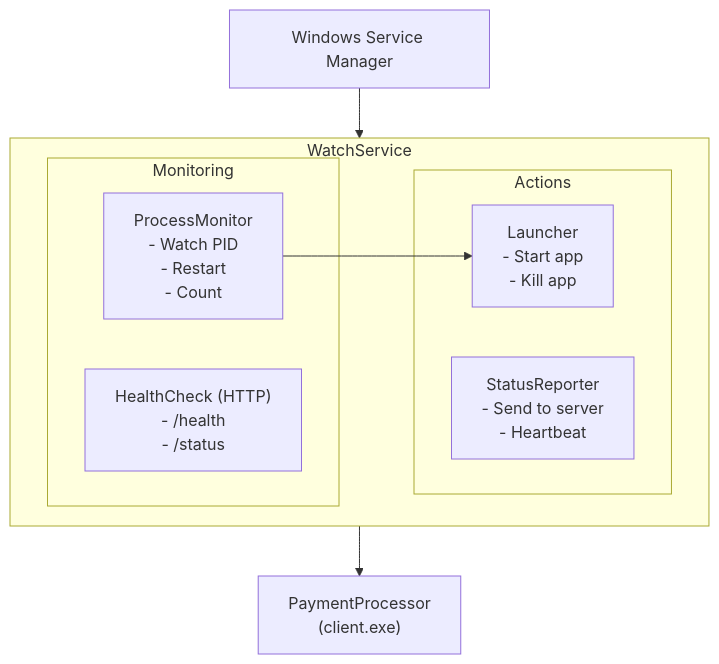
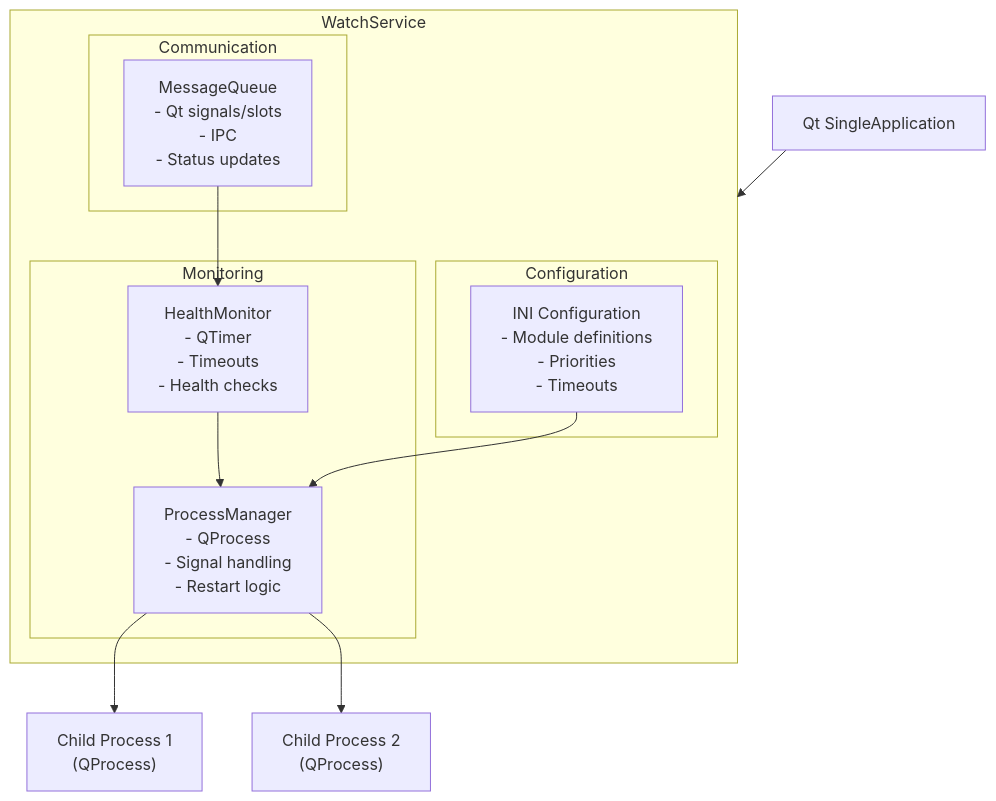
Before and after one commit to Ilkhom-S/e-kiosk: the diagram in apps/WatchService/README.md, drawn with Mermaid. The commit also changed other lines of this file and 7 other files, not shown here.

````diff
--- a/apps/WatchService/README.md
+++ b/apps/WatchService/README.md
@@ -68,20 +123,27 @@
 ```mermaid
 flowchart TB
-    ServiceManager["Windows Service Manager"]
+    QtApp["Qt SingleApplication"]
 
-    ServiceManager --> WatchService
+    QtApp --> WatchService
 
     subgraph WatchService["WatchService"]
         subgraph Monitors["Monitoring"]
-            ProcessMonitor["ProcessMonitor<br/>- Watch PID<br/>- Restart<br/>- Count"]
-            HealthCheck["HealthCheck (HTTP)<br/>- /health<br/>- /status"]
+            ProcessManager["ProcessManager<br/>- QProcess<br/>- Signal handling<br/>- Restart logic"]
+            HealthMonitor["HealthMonitor<br/>- QTimer<br/>- Timeouts<br/>- Health checks"]
         end
-        subgraph Actions["Actions"]
-            Launcher["Launcher<br/>- Start app<br/>- Kill app"]
-            StatusReporter["StatusReporter<br/>- Send to server<br/>- Heartbeat"]
+
+        subgraph Communication["Communication"]
+            MessageQueue["MessageQueue<br/>- Qt signals/slots<br/>- IPC<br/>- Status updates"]
         end
-        ProcessMonitor --> Launcher
+
+        subgraph Config["Configuration"]
+            IniConfig["INI Configuration<br/>- Module definitions<br/>- Priorities<br/>- Timeouts"]
+        end
     end
 
-    WatchService --> PaymentProcessor["PaymentProcessor<br/>(client.exe)"]
+    ProcessManager --> ChildProcess1["Child Process 1<br/>(QProcess)"]
+    ProcessManager --> ChildProcess2["Child Process 2<br/>(QProcess)"]
+    HealthMonitor --> ProcessManager
+    MessageQueue --> HealthMonitor
+    IniConfig --> ProcessManager
 ```
````
